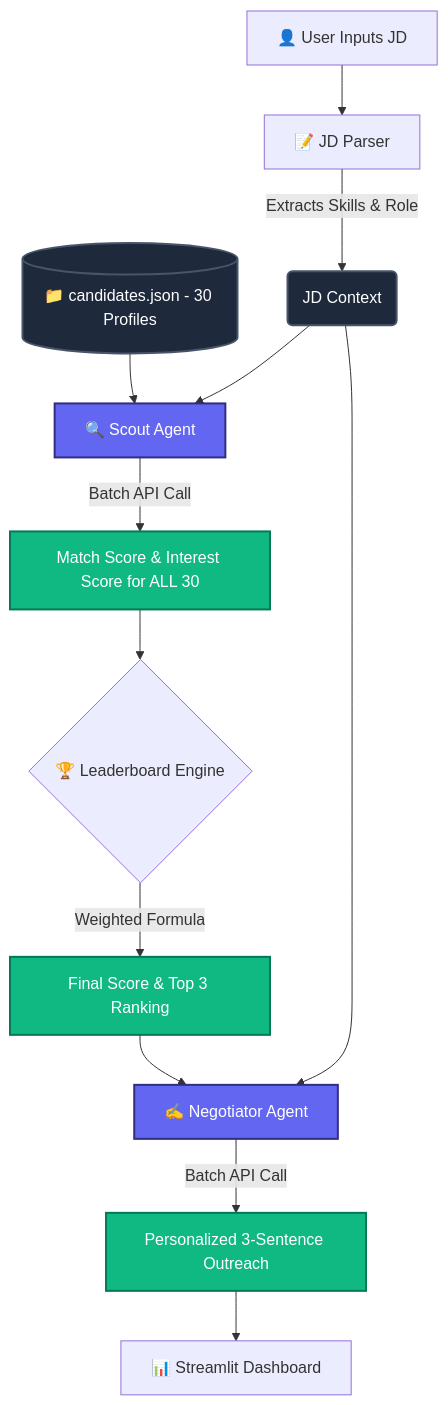
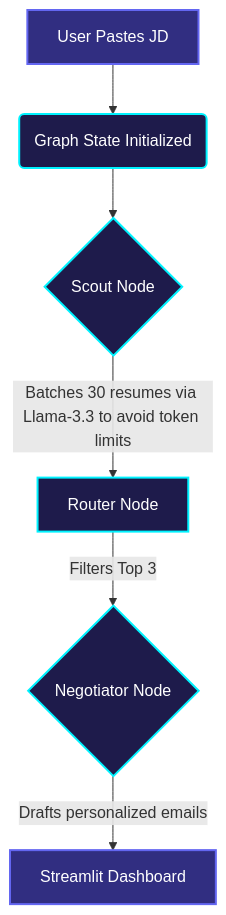
Before and after one commit to TechieSamosa/nexus-scout-catalyst: the diagram in README.md, drawn with Mermaid. The commit also changed other lines of this file and 1 other file, not shown here.

Commit message:
Finalizing LangGraph Agent and Radar UI

````diff
--- a/README.md
+++ b/README.md
@@ -15,25 +13,13 @@
 ```mermaid
-flowchart TD
-    A[👤 User Inputs JD] --> B[📝 JD Parser]
-    B -->|Extracts Skills & Role| C(JD Context)
+graph TD
+    A[User Pastes JD] --> B(Graph State Initialized)
+    B --> C{Scout Node}
+    C -->|Batches 30 resumes via Llama-3.3 to avoid token limits| D[Router Node]
+    D -->|Filters Top 3| E{Negotiator Node}
+    E -->|Drafts personalized emails| F[Streamlit Dashboard]
     
-    D[(📁 candidates.json - 30 Profiles)] --> E[🔍 Scout Agent]
-    C --> E
-    E -->|Batch API Call| F[Match Score & Interest Score for ALL 30]
-    
-    F --> J{🏆 Leaderboard Engine}
-    J -->|Weighted Formula| K[Final Score & Top 3 Ranking]
-    
-    K --> G[✍️ Negotiator Agent]
-    C --> G
-    G -->|Batch API Call| H[Personalized 3-Sentence Outreach]
-    H --> L[📊 Streamlit Dashboard]
-    
-    classDef agent fill:#6366f1,stroke:#312e81,stroke-width:2px,color:#fff
-    classDef data fill:#1e293b,stroke:#475569,stroke-width:2px,color:#fff
-    classDef score fill:#10b981,stroke:#047857,stroke-width:2px,color:#fff
-    
-    class E,G agent
-    class D,C data
-    class F,K,H score
+    classDef node fill:#1e1b4b,stroke:#00f2fe,stroke-width:2px,color:#fff;
+    classDef action fill:#312e81,stroke:#6366f1,stroke-width:2px,color:#fff;
+    class A,F action;
+    class B,C,D,E node;
 ```
````
